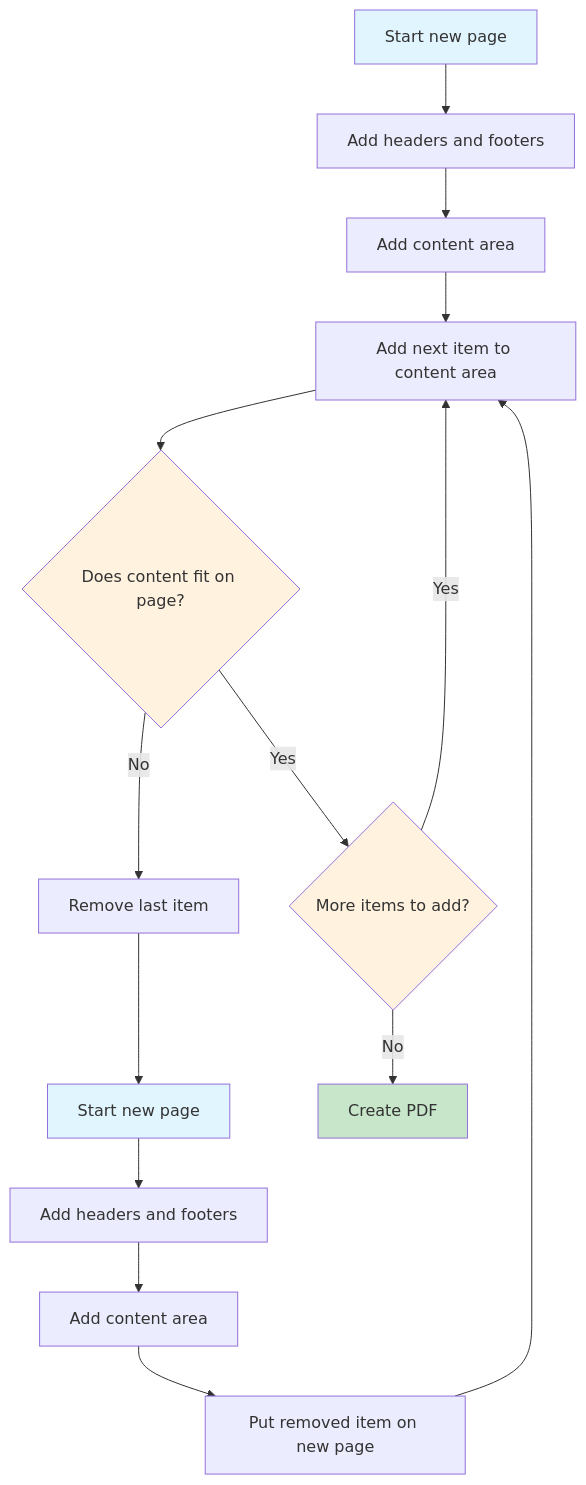
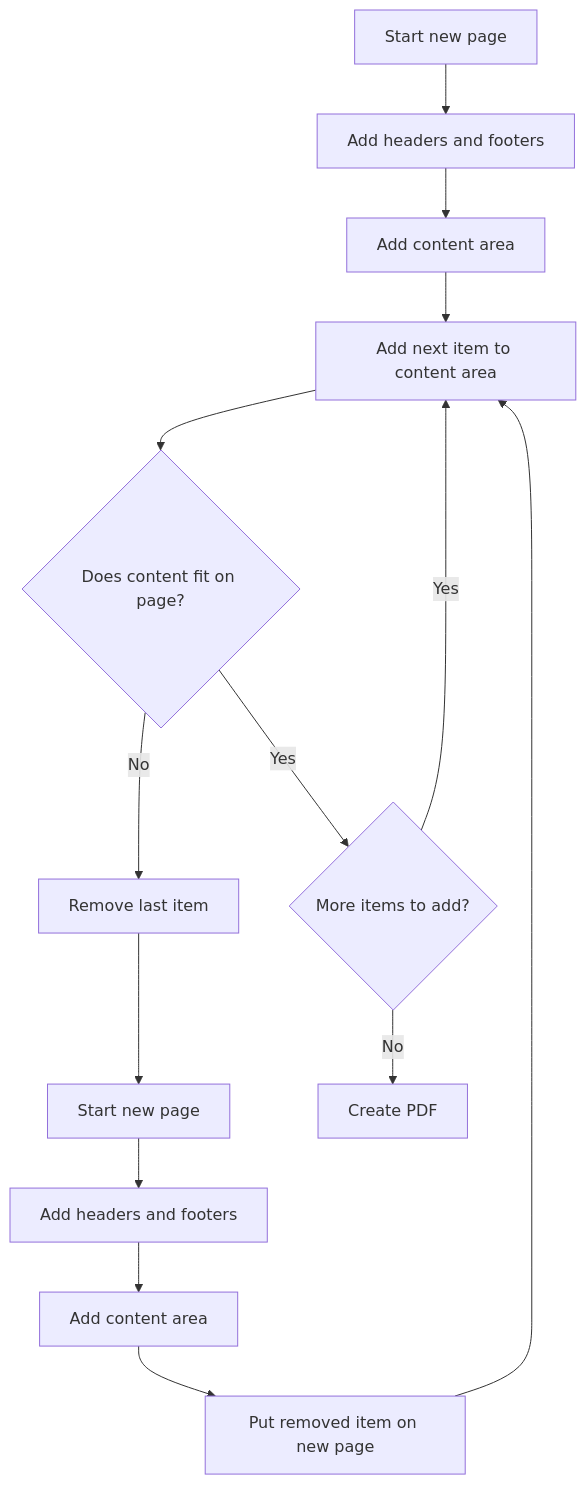
Before and after one commit to CordlessWool/website: the diagram in content/en/blog/test.md, drawn with Mermaid. The commit also changed 2 other files, not shown here.

Commit message:
improve styling

````diff
--- a/content/en/blog/test.md
+++ b/content/en/blog/test.md
@@ -101,22 +101,17 @@
 ```mermaid
 flowchart TD
     A[Start new page] --> B["Add headers and footers"]
     B --> C[Add content area]
     C --> D[Add next item to content area]
     D --> E{"Does content fit on page?"}
     E -->|Yes| F{"More items to add?"}
     E -->|No| G[Remove last item]
     G --> H[Start new page]
     H --> I[Add headers and footers]
     I --> J[Add content area]
     J --> K[Put removed item on new page]
     K --> D
     F -->|Yes| D
     F -->|No| L[Create PDF]
 
-    style A fill:#e1f5fe
-    style H fill:#e1f5fe
-    style L fill:#c8e6c9
-    style E fill:#fff3e0
-    style F fill:#fff3e0
 ```
````
